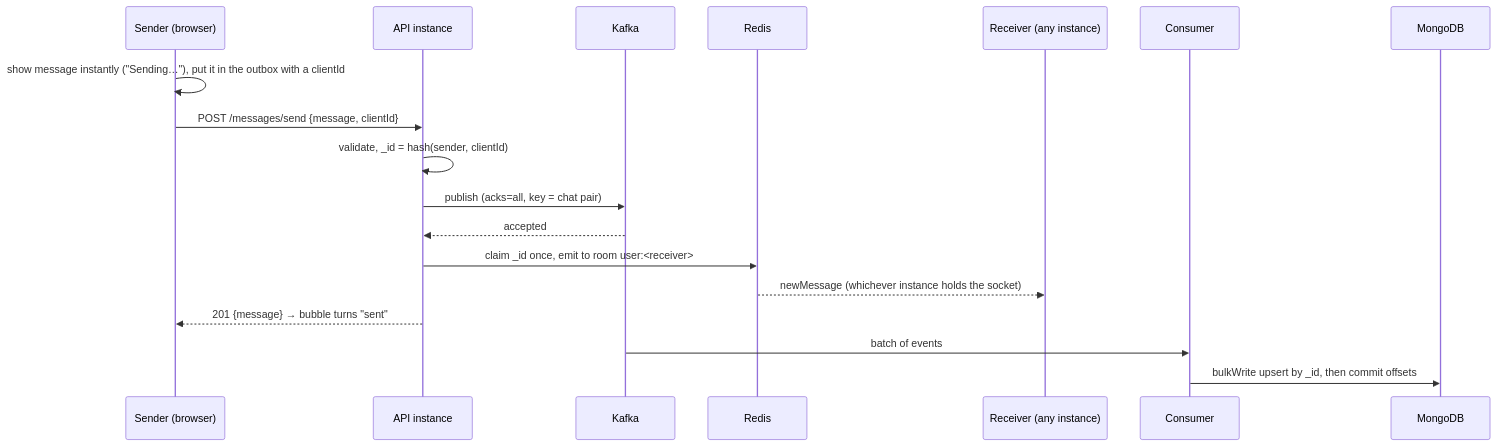
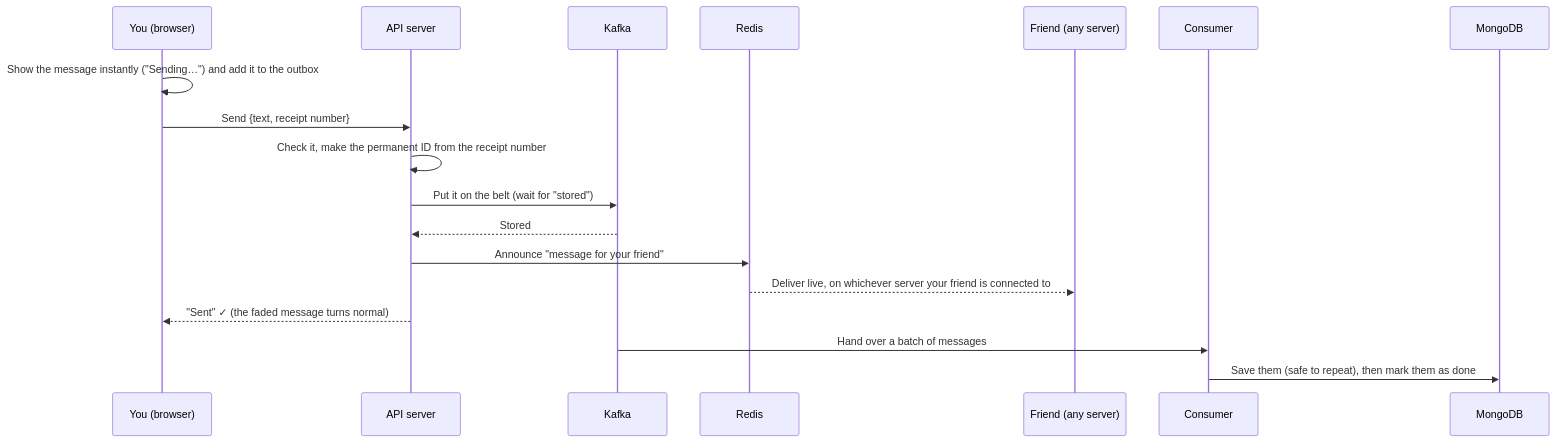
One commit to rajfauzdar/Distributed-Real-Time-Messaging-Architecture changed the second of 2 diagrams in README.md. Above: the diagram before and after it, drawn with Mermaid. The commit also changed other lines of this file, not shown here.

````diff
--- a/README.md
+++ b/README.md
@@ -39,21 +141,21 @@
 ```mermaid
 sequenceDiagram
-    participant S as Sender (browser)
-    participant API as API instance
+    participant S as You (browser)
+    participant API as API server
     participant K as Kafka
     participant R as Redis
-    participant Rcv as Receiver (any instance)
+    participant Rcv as Friend (any server)
     participant C as Consumer
     participant DB as MongoDB
 
-    S->>S: show message instantly ("Sending…"), put it in the outbox with a clientId
-    S->>API: POST /messages/send {message, clientId}
-    API->>API: validate, _id = hash(sender, clientId)
-    API->>K: publish (acks=all, key = chat pair)
-    K-->>API: accepted
-    API->>R: claim _id once, emit to room user:<receiver>
-    R-->>Rcv: newMessage (whichever instance holds the socket)
-    API-->>S: 201 {message}  → bubble turns "sent"
-    K->>C: batch of events
-    C->>DB: bulkWrite upsert by _id, then commit offsets
+    S->>S: Show the message instantly ("Sending…") and add it to the outbox
+    S->>API: Send {text, receipt number}
+    API->>API: Check it, make the permanent ID from the receipt number
+    API->>K: Put it on the belt (wait for "stored")
+    K-->>API: Stored
+    API->>R: Announce "message for your friend"
+    R-->>Rcv: Deliver live, on whichever server your friend is connected to
+    API-->>S: "Sent" ✓ (the faded message turns normal)
+    K->>C: Hand over a batch of messages
+    C->>DB: Save them (safe to repeat), then mark them as done
 ```
````
